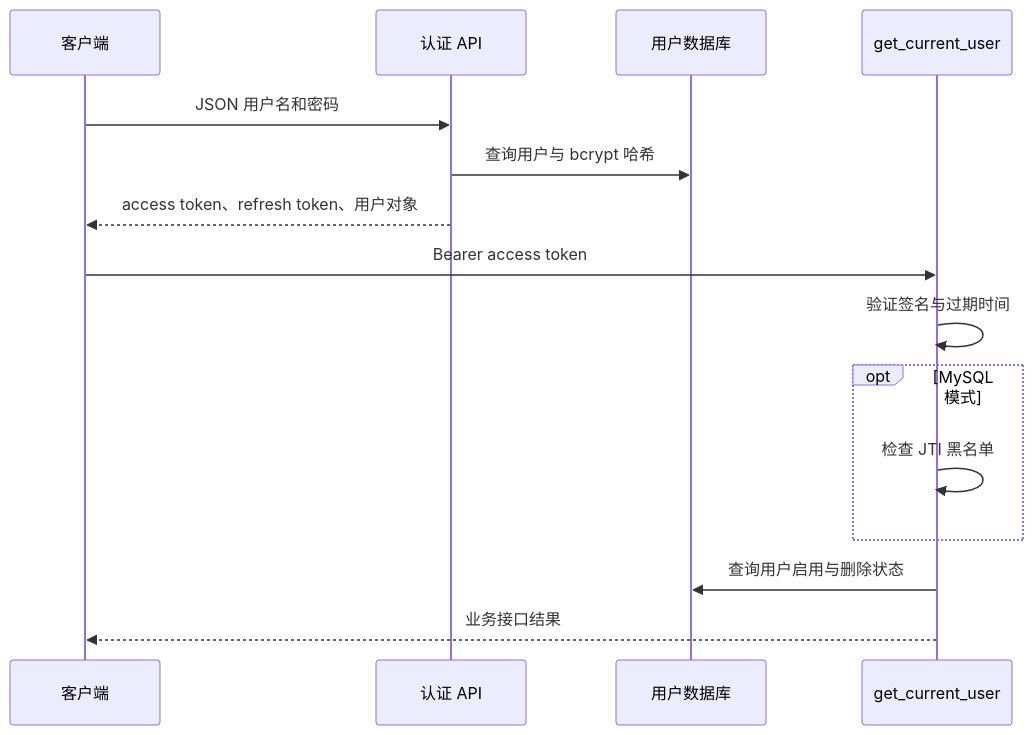
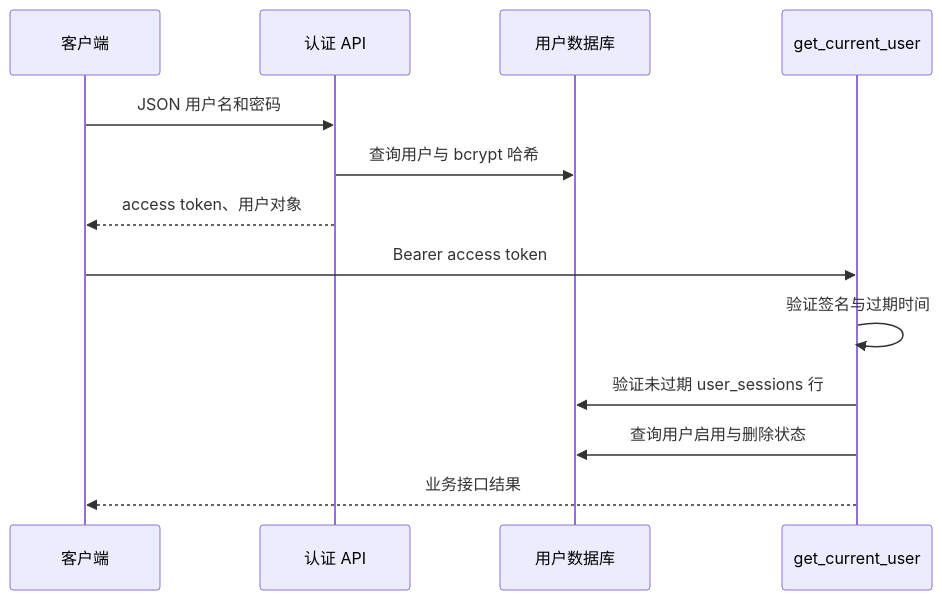
Before and after one commit to NanamiKite/radioManger: diagram 11 of 16 in doc/11_系统架构图.md, drawn with Mermaid. The commit also changed other lines of this file and 103 other files, not shown here.

````diff
--- a/doc/11_系统架构图.md
+++ b/doc/11_系统架构图.md
@@ -175,17 +173,15 @@
 ```mermaid
 sequenceDiagram
     participant UI as 客户端
     participant API as 认证 API
     participant DB as 用户数据库
     participant Guard as get_current_user
     UI->>API: JSON 用户名和密码
     API->>DB: 查询用户与 bcrypt 哈希
-    API-->>UI: access token、refresh token、用户对象
+    API-->>UI: access token、用户对象
     UI->>Guard: Bearer access token
     Guard->>Guard: 验证签名与过期时间
-    opt MySQL 模式
-        Guard->>Guard: 检查 JTI 黑名单
-    end
+    Guard->>DB: 验证未过期 user_sessions 行
     Guard->>DB: 查询用户启用与删除状态
     Guard-->>UI: 业务接口结果
 ```
````
